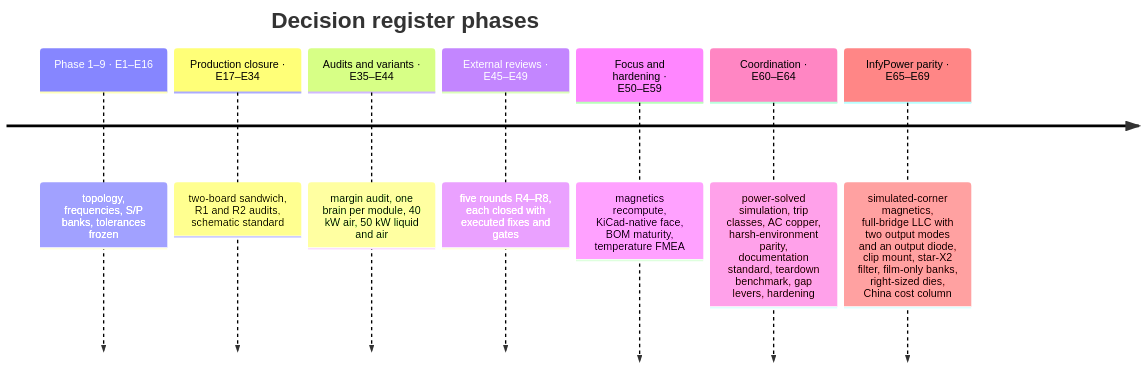
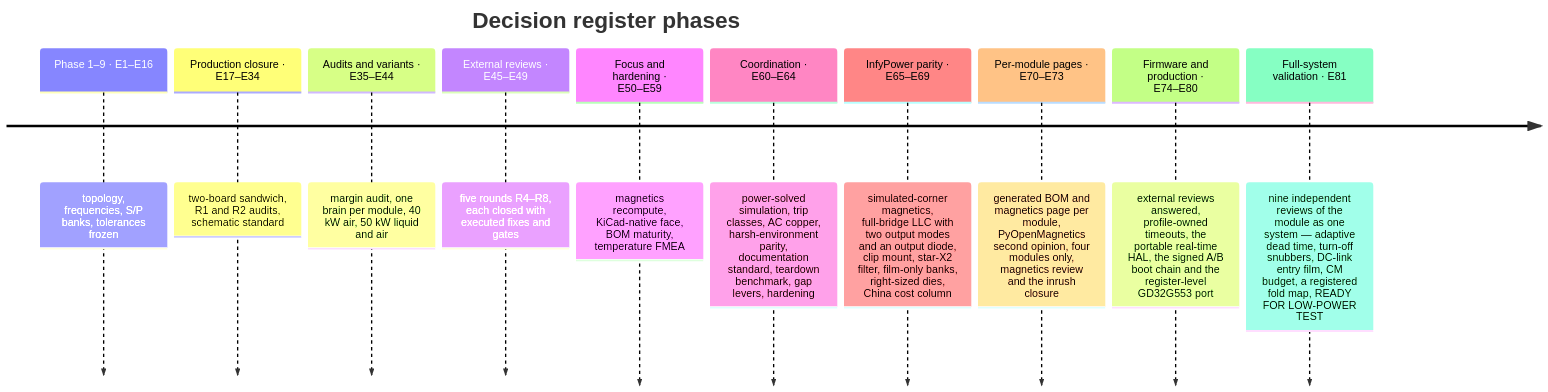
One commit to vectivolt/DC-Modules changed the fourth of 4 diagrams in docs/architecture.md. Above: the diagram before and after it, drawn with Mermaid. The commit also changed other lines of this file and 37 other files, not shown here.

First line of the commit message:
E81 docs: premium polish pass — 42 pages restructured, 80 diagrams, 61+ stale claims fixed, gates synced

````diff
--- a/docs/architecture.md
+++ b/docs/architecture.md
@@ -183,11 +199,14 @@
 ```mermaid
 timeline
   title Decision register phases
   Phase 1–9 · E1–E16 : topology, frequencies, S/P banks, tolerances frozen
   Production closure · E17–E34 : two-board sandwich, R1 and R2 audits, schematic standard
   Audits and variants · E35–E44 : margin audit, one brain per module, 40 kW air, 50 kW liquid and air
   External reviews · E45–E49 : five rounds R4–R8, each closed with executed fixes and gates
   Focus and hardening · E50–E59 : magnetics recompute, KiCad-native face, BOM maturity, temperature FMEA
   Coordination · E60–E64 : power-solved simulation, trip classes, AC copper, harsh-environment parity, documentation standard, teardown benchmark, gap levers, hardening
   InfyPower parity · E65–E69 : simulated-corner magnetics, full-bridge LLC with two output modes and an output diode, clip mount, star-X2 filter, film-only banks, right-sized dies, China cost column
+  Per-module pages · E70–E73 : generated BOM and magnetics page per module, PyOpenMagnetics second opinion, four modules only, magnetics review and the inrush closure
+  Firmware and production · E74–E80 : external reviews answered, profile-owned timeouts, the portable real-time HAL, the signed A/B boot chain and the register-level GD32G553 port
+  Full-system validation · E81 : nine independent reviews of the module as one system — adaptive dead time, turn-off snubbers, DC-link entry film, CM budget, a registered fold map, READY FOR LOW-POWER TEST
 ```
````
